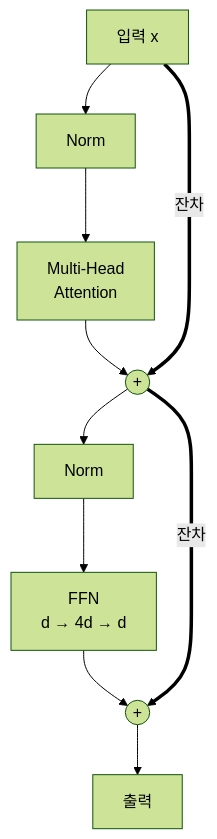
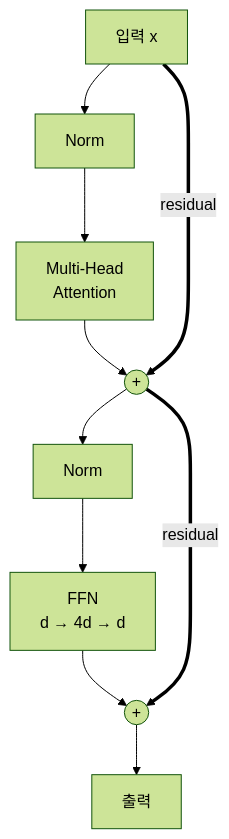
The diagram in chapters/05_transformer/04_transformer_block.qmd (yuvjjang/aiml_studybook), drawn with Mermaid (forest theme) before and after one commit. The commit also changed other lines of this file, not shown here.

Commit message:
5.4 Transformer block 풀어쓰기: 한자어 용어를 영문으로, 레고 탑·참석자 대화 vs 혼자 정리·백과사전·화이트보드 비유 추가

````diff
--- a/chapters/05_transformer/04_transformer_block.qmd
+++ b/chapters/05_transformer/04_transformer_block.qmd
@@ -31,14 +33,14 @@
 ```{mermaid}
 %%| label: fig-block-topology
-%%| fig-cap: "pre-LN 블록 — 굵은 세로선이 잔차 스트림이고, 두 서브층은 거기에 더할 값을 계산한다"
+%%| fig-cap: "pre-LN block — 굵은 세로선이 residual stream이고, 두 sublayer는 거기에 더할 값을 계산한다"
 flowchart TB
   IN["입력 x"] --> N1["Norm"]
   N1 --> MHA["Multi-Head<br/>Attention"]
   MHA --> A1(("+"))
-  IN ==>|잔차| A1
+  IN ==>|residual| A1
   A1 --> N2["Norm"]
   N2 --> FFN["FFN<br/>d → 4d → d"]
   FFN --> A2(("+"))
-  A1 ==>|잔차| A2
+  A1 ==>|residual| A2
   A2 --> OUT["출력"]
 ```
````
